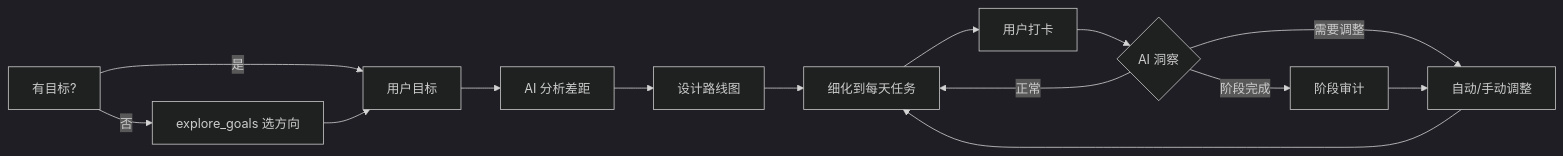
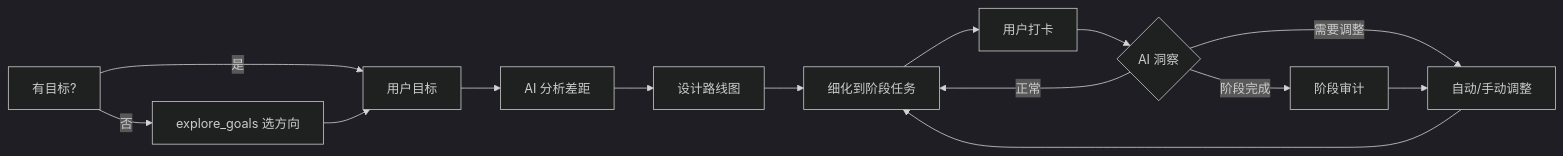
The diagram in README.md (W7uuuuz/Career-kit), drawn with Mermaid (dark theme) before and after one commit. The commit also changed other lines of this file, not shown here.

First line of the commit message:
docs: README 改造为 30 秒说服版（顶部截图 + 一键安装 + 受众收敛）

````diff
--- a/README.md
+++ b/README.md
@@ -108,15 +108,15 @@
 ```mermaid
 graph LR
     U[有目标?] -->|是| A[用户目标]
     U -->|否| G0[explore_goals 选方向] --> A
     A --> B[AI 分析差距]
     B --> C[设计路线图]
-    C --> D[细化到每天任务]
+    C --> D[细化到阶段任务]
     D --> E[用户打卡]
     E --> F{AI 洞察}
     F -->|正常| D
     F -->|需要调整| G[自动/手动调整]
     G --> D
     F -->|阶段完成| H[阶段审计]
     H --> G
 ```
````
